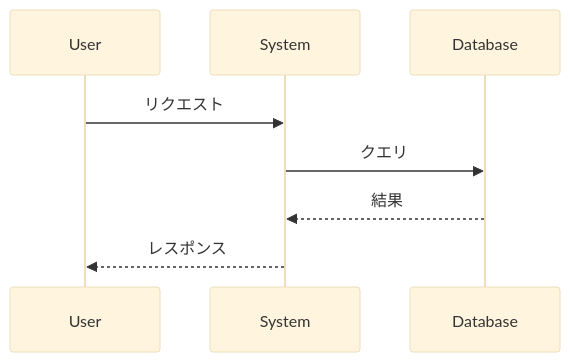
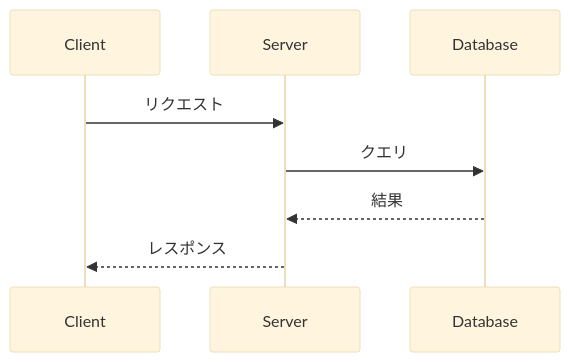
Before and after one commit to utanutan/project-template-dev: the second of 2 diagrams in library/dev-templates/EDUCATION_TEMPLATE.md, drawn with Mermaid (base theme). The commit also changed other lines of this file and 2 other files, not shown here.

````diff
--- a/library/dev-templates/EDUCATION_TEMPLATE.md
+++ b/library/dev-templates/EDUCATION_TEMPLATE.md
@@ -64,11 +85,11 @@
 ```mermaid
 sequenceDiagram
-    participant User
-    participant System
+    participant Client
+    participant Server
     participant Database
     
-    User->>System: リクエスト
-    System->>Database: クエリ
-    Database-->>System: 結果
-    System-->>User: レスポンス
+    Client->>Server: リクエスト
+    Server->>Database: クエリ
+    Database-->>Server: 結果
+    Server-->>Client: レスポンス
 ```
````
